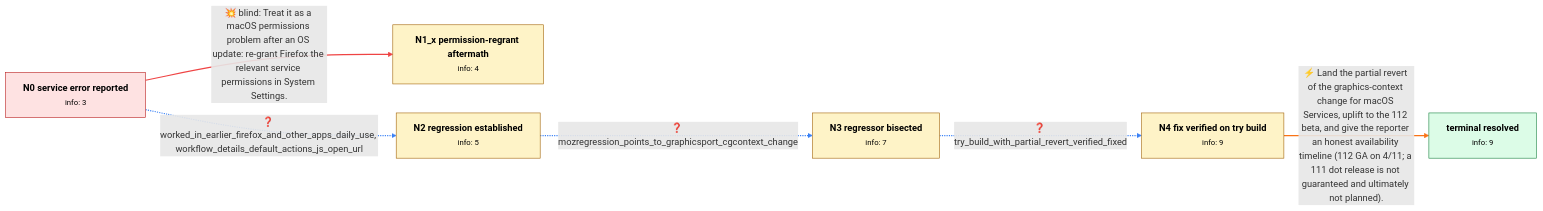
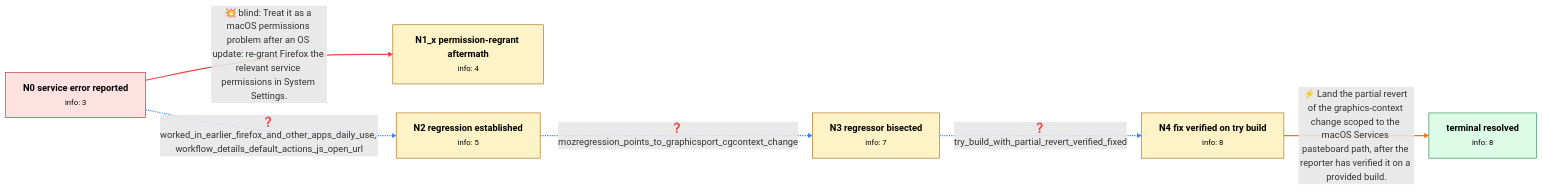
One commit to Chaoyi-He1/graph_bench changed the diagram in data/trial/review/bmo_1822845.md. Above: the diagram before and after it, drawn with Mermaid. The commit also changed other lines of this file and 56 other files, not shown here.

````diff
--- a/data/trial/review/bmo_1822845.md
+++ b/data/trial/review/bmo_1822845.md
@@ -10,28 +10,28 @@
 ```mermaid
 flowchart LR
     N0["<b>N0 service error reported</b><br/><small>info: 3</small>"]
     N1_x["<b>N1_x permission-regrant aftermath</b><br/><small>info: 4</small>"]
     N2["<b>N2 regression established</b><br/><small>info: 5</small>"]
     N3["<b>N3 regressor bisected</b><br/><small>info: 7</small>"]
-    N4["<b>N4 fix verified on try build</b><br/><small>info: 9</small>"]
-    N_terminal["<b>terminal resolved</b><br/><small>info: 9</small>"]
+    N4["<b>N4 fix verified on try build</b><br/><small>info: 8</small>"]
+    N_terminal["<b>terminal resolved</b><br/><small>info: 8</small>"]
     N0 ==>|"💥 blind: Treat it as a macOS permissions problem after an OS update: re-grant Firefox the relevant service permissions in System Settings."| N1_x
     linkStyle 0 stroke:#ef4444,stroke-width:2px
     N0 -.->|"❓ worked_in_earlier_firefox_and_other_apps_daily_use, workflow_details_default_actions_js_open_url"| N2
     linkStyle 1 stroke:#3b82f6,stroke-width:2px
     N2 -.->|"❓ mozregression_points_to_graphicsport_cgcontext_change"| N3
     linkStyle 2 stroke:#3b82f6,stroke-width:2px
     N3 -.->|"❓ try_build_with_partial_revert_verified_fixed"| N4
     linkStyle 3 stroke:#3b82f6,stroke-width:2px
-    N4 ==>|"⚡ Land the partial revert of the graphics-context change for macOS Services, uplift to the 112 beta, and give the reporter an honest availability timeline (112 GA on 4/11; a 111 dot release is not guaranteed and ultimately not planned)."| N_terminal
+    N4 ==>|"⚡ Land the partial revert of the graphics-context change scoped to the macOS Services pasteboard path, after the reporter has verified it on a provided build."| N_terminal
     linkStyle 4 stroke:#f97316,stroke-width:2px
     class N0 start
     class N1_x normal
     class N2 normal
     class N3 normal
     class N4 normal
     class N_terminal terminal
     classDef start fill:#fee2e2,stroke:#b91c1c,color:#000
     classDef terminal fill:#dcfce7,stroke:#15803d,color:#000
     classDef normal fill:#fef3c7,stroke:#a16207,color:#000
 ```
````
